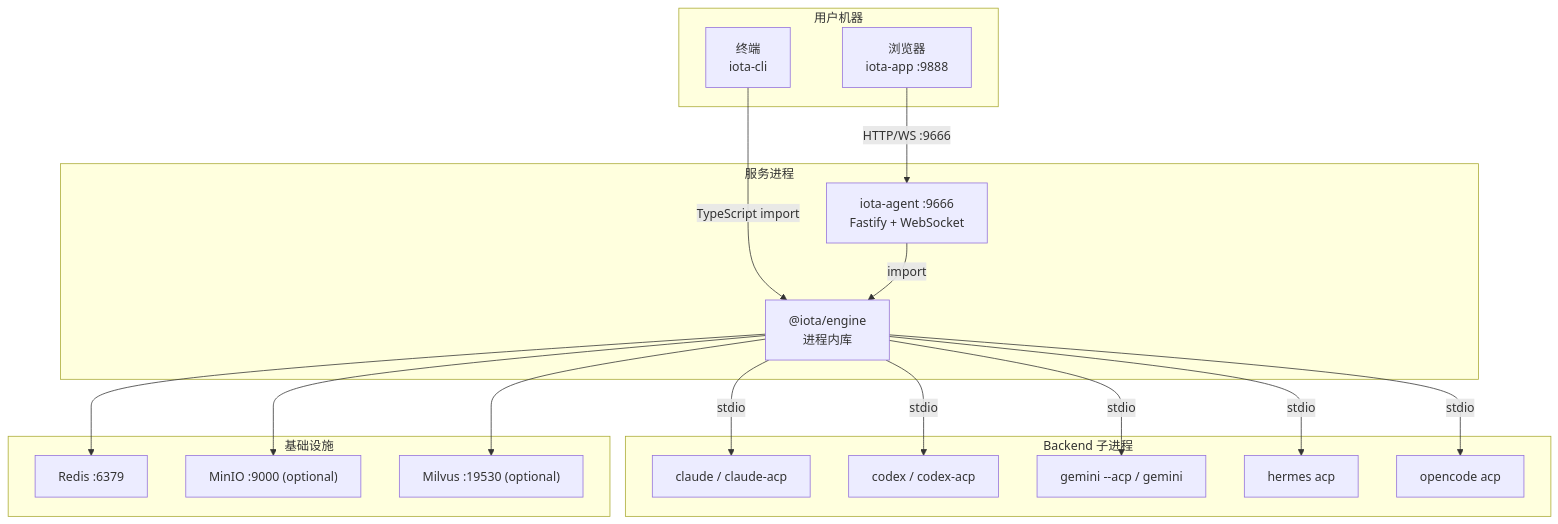
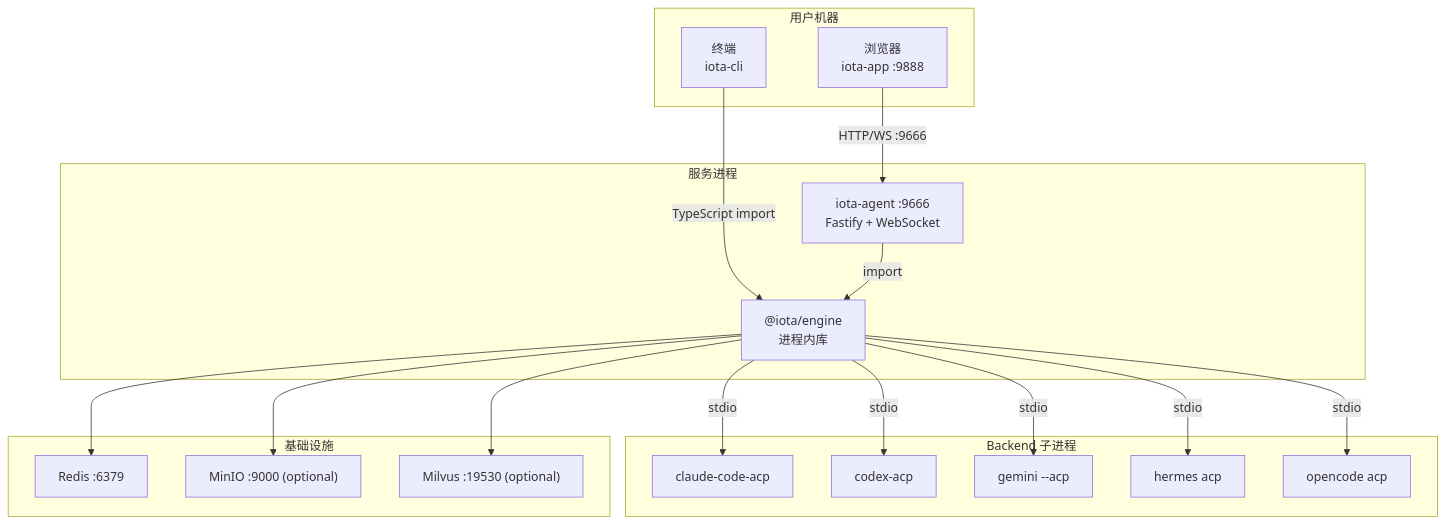
The second of 2 diagrams in docs/iota-guides/01-architecture.md (feuyeux/iota), drawn with Mermaid before and after one commit. The commit also changed other lines of this file and 32 other files, not shown here.

First line of the commit message:
refactor: remove GeminiAdapter and related tests, transitioning to ACP-only backend protocol

````diff
--- a/docs/iota-guides/01-architecture.md
+++ b/docs/iota-guides/01-architecture.md
@@ -97,38 +97,38 @@
 ```mermaid
 graph TB
   subgraph UserMachine["用户机器"]
     Browser["浏览器<br/>iota-app :9888"]
     Terminal["终端<br/>iota-cli"]
   end
 
   subgraph Server["服务进程"]
     AgentProc["iota-agent :9666<br/>Fastify + WebSocket"]
     EngineLib["@iota/engine<br/>进程内库"]
   end
 
   subgraph Backends["Backend 子进程"]
-    CC["claude / claude-acp"]
-    CX["codex / codex-acp"]
-    GM["gemini --acp / gemini"]
+    CC["claude-code-acp"]
+    CX["codex-acp"]
+    GM["gemini --acp"]
     HM["hermes acp"]
     OC["opencode acp"]
   end
 
   subgraph Infra["基础设施"]
     Redis["Redis :6379"]
     MinIO["MinIO :9000 (optional)"]
     Milvus["Milvus :19530 (optional)"]
   end
 
   Browser -->|HTTP/WS :9666| AgentProc
   Terminal -->|TypeScript import| EngineLib
   AgentProc -->|import| EngineLib
   EngineLib -->|stdio| CC
   EngineLib -->|stdio| CX
   EngineLib -->|stdio| GM
   EngineLib -->|stdio| HM
   EngineLib -->|stdio| OC
   EngineLib --> Redis
   EngineLib --> MinIO
   EngineLib --> Milvus
 ```
````
